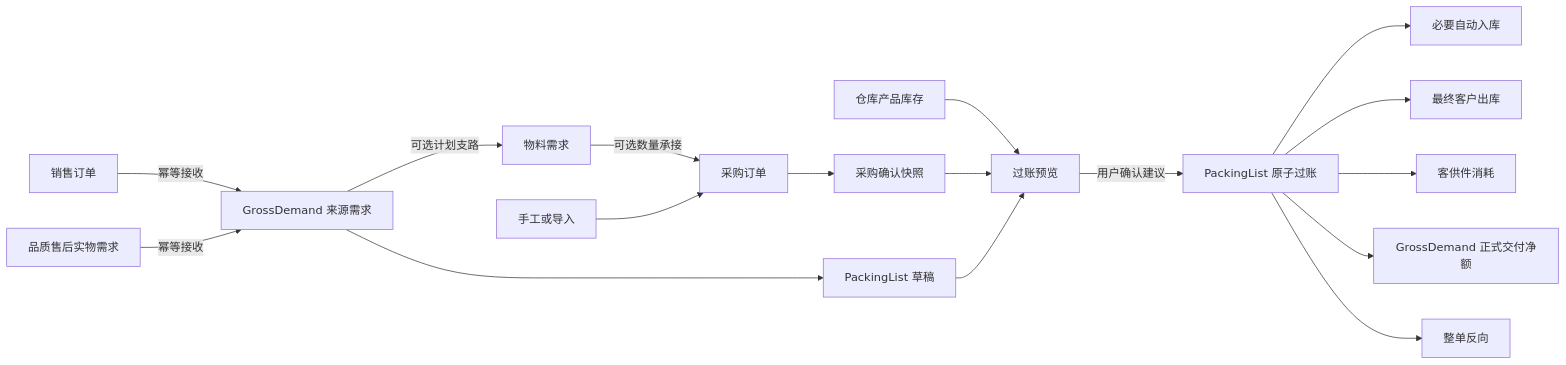
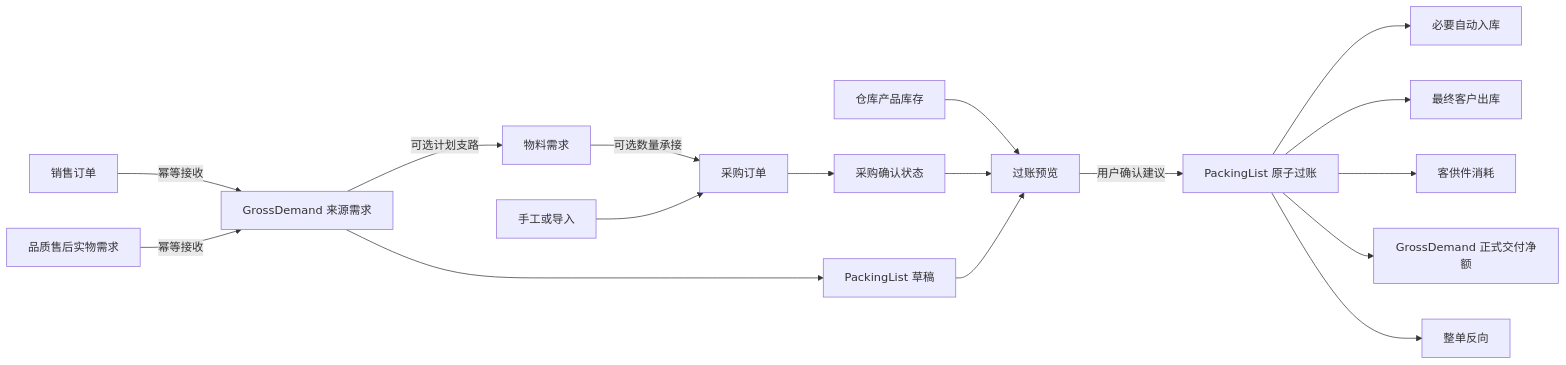
The diagram in .agents/references/ERP业务流程导航图.md (yanwei175/SwiftExport), drawn with Mermaid before and after one commit. The commit also changed other lines of this file and 55 other files, not shown here.

````diff
--- a/.agents/references/ERP业务流程导航图.md
+++ b/.agents/references/ERP业务流程导航图.md
@@ -7,19 +10,19 @@
 ```mermaid
 flowchart LR
     SO[销售订单] -->|幂等接收| GD[GrossDemand 来源需求]
     QA[品质售后实物需求] -->|幂等接收| GD
     GD -->|可选计划支路| ND[物料需求]
     ND -->|可选数量承接| PO[采购订单]
     IMP[手工或导入] --> PO
-    PO --> PC[采购确认快照]
+    PO --> PC[采购确认状态]
     GD --> PL[PackingList 草稿]
     INV[仓库产品库存] --> PP[过账预览]
     PC --> PP
     PL --> PP
     PP -->|用户确认建议| POST[PackingList 原子过账]
     POST --> AIN[必要自动入库]
     POST --> OUT[最终客户出库]
     POST --> USE[客供件消耗]
     POST --> NET[GrossDemand 正式交付净额]
     POST --> REV[整单反向]
 ```
````
